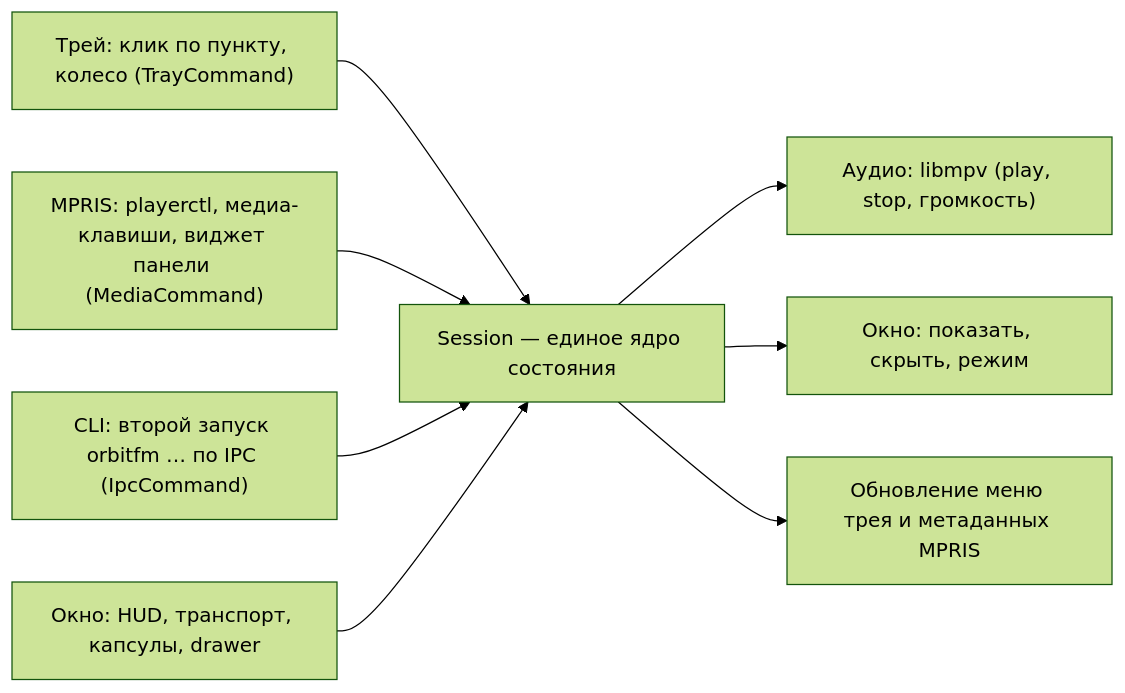
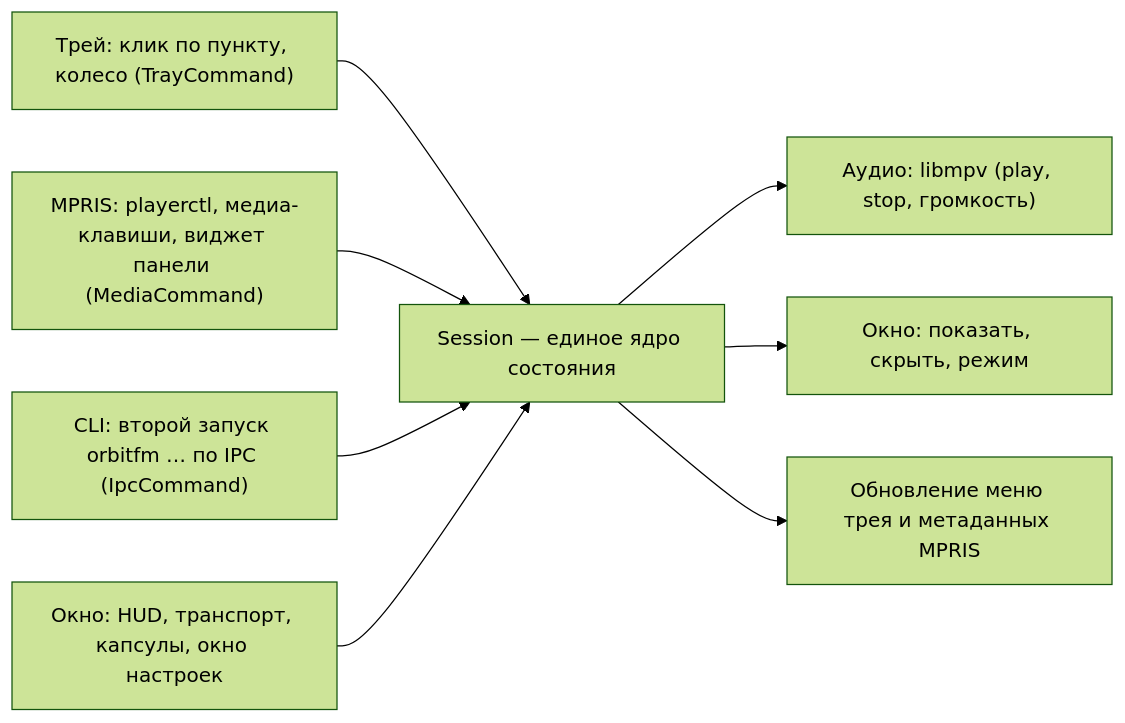
Before and after one commit to ModernByte/orbitfm: the diagram in docs/wiki/07-Трей-и-MPRIS.md, drawn with Mermaid (forest theme). The commit also changed other lines of this file and 65 other files, not shown here.

First line of the commit message:
feat(ui): модальное окно настроек с категориями и тумблерами

````diff
--- a/docs/wiki/07-Трей-и-MPRIS.md
+++ b/docs/wiki/07-Трей-и-MPRIS.md
@@ -136,10 +136,10 @@
 ```mermaid
 flowchart LR
     T["Трей: клик по пункту, колесо (TrayCommand)"] --> S
     M["MPRIS: playerctl, медиа-клавиши, виджет панели (MediaCommand)"] --> S
     C["CLI: второй запуск orbitfm … по IPC (IpcCommand)"] --> S
-    U["Окно: HUD, транспорт, капсулы, drawer"] --> S
+    U["Окно: HUD, транспорт, капсулы, окно настроек"] --> S
     S["Session — единое ядро состояния"] --> A["Аудио: libmpv (play, stop, громкость)"]
     S --> W["Окно: показать, скрыть, режим"]
     S --> R["Обновление меню трея и метаданных MPRIS"]
 ```
````
